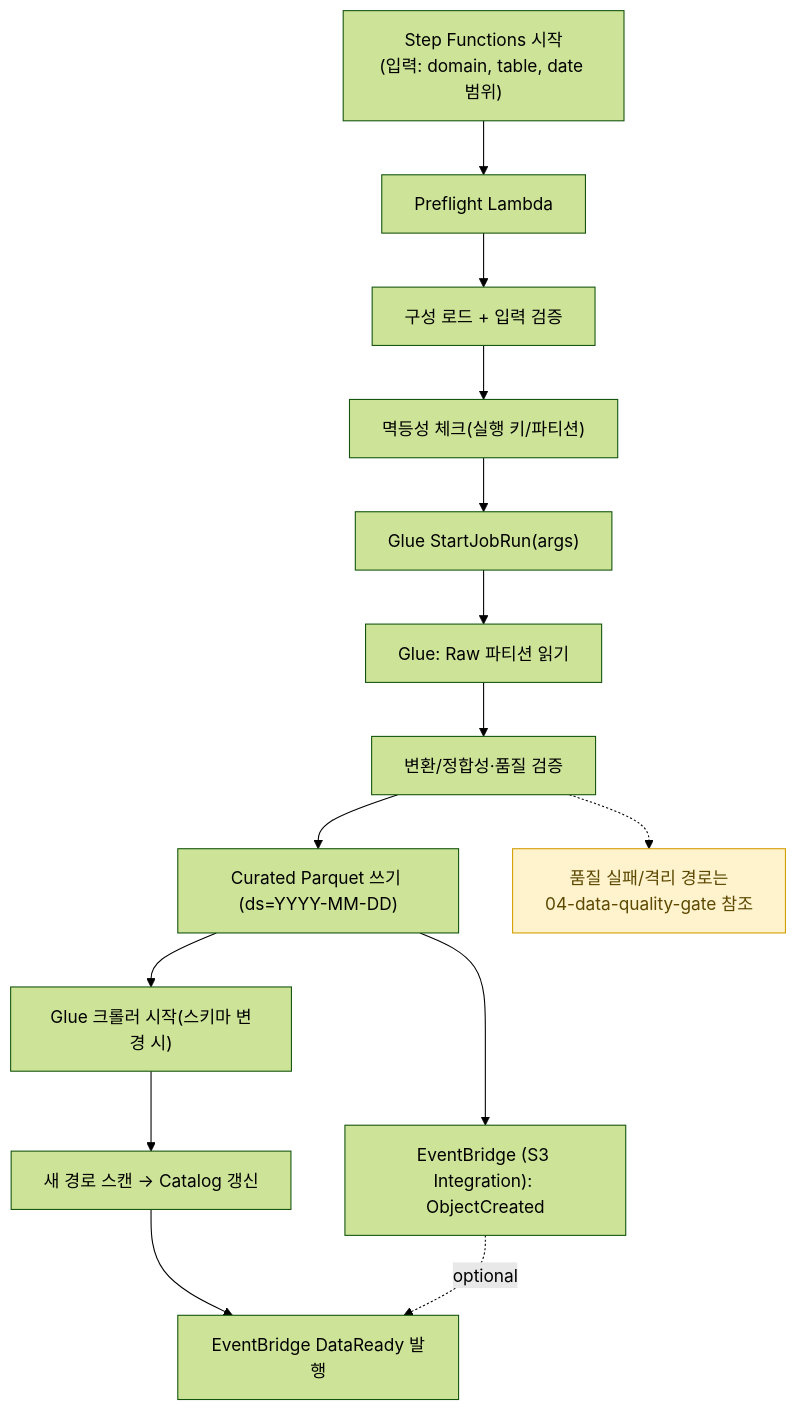
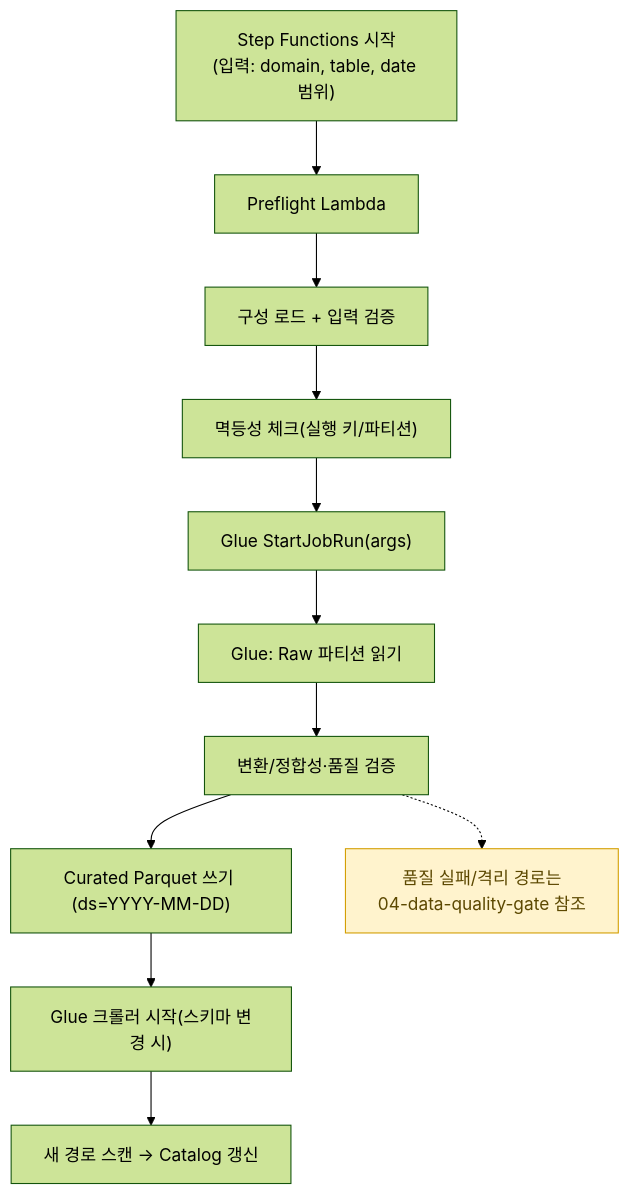
One commit to keemgdeok/fin-forge-pipeline changed the diagram in docs/diagrams/transform/02-flow.md. Above: the diagram before and after it, drawn with Mermaid (forest theme). The commit also changed 5 other files, not shown here.

````diff
--- a/docs/diagrams/transform/02-flow.md
+++ b/docs/diagrams/transform/02-flow.md
@@ -1,24 +1,22 @@
 ```mermaid
 flowchart TD
   A["Step Functions 시작<br/>(입력: domain, table, date 범위)"] --> B["Preflight Lambda"]
   B --> C["구성 로드 + 입력 검증"]
   C --> D["멱등성 체크(실행 키/파티션)"]
   D --> E["Glue StartJobRun(args)"]
   E --> F["Glue: Raw 파티션 읽기"]
   F --> G["변환/정합성·품질 검증"]
   G --> H["Curated Parquet 쓰기 (ds=YYYY-MM-DD)"]
   H --> I["Glue 크롤러 시작(스키마 변경 시)"]
   I --> J["새 경로 스캔 → Catalog 갱신"]
-  J --> K["EventBridge DataReady 발행"]
 
   %% DQ 상세 참고 노트
   NDQ["품질 실패/격리 경로는<br/>04-data-quality-gate 참조"]:::note
   G -.-> NDQ
 
   %% 오류/우회 경로: 단순화 위해 생략(핵심 플로우만 표시)
 
-  H --> EB["EventBridge (S3 Integration): ObjectCreated"]
-  EB -. optional .-> K
+  
 
   classDef note fill:#fff3cd,stroke:#d39e00,color:#5c4800;
 ```
````
